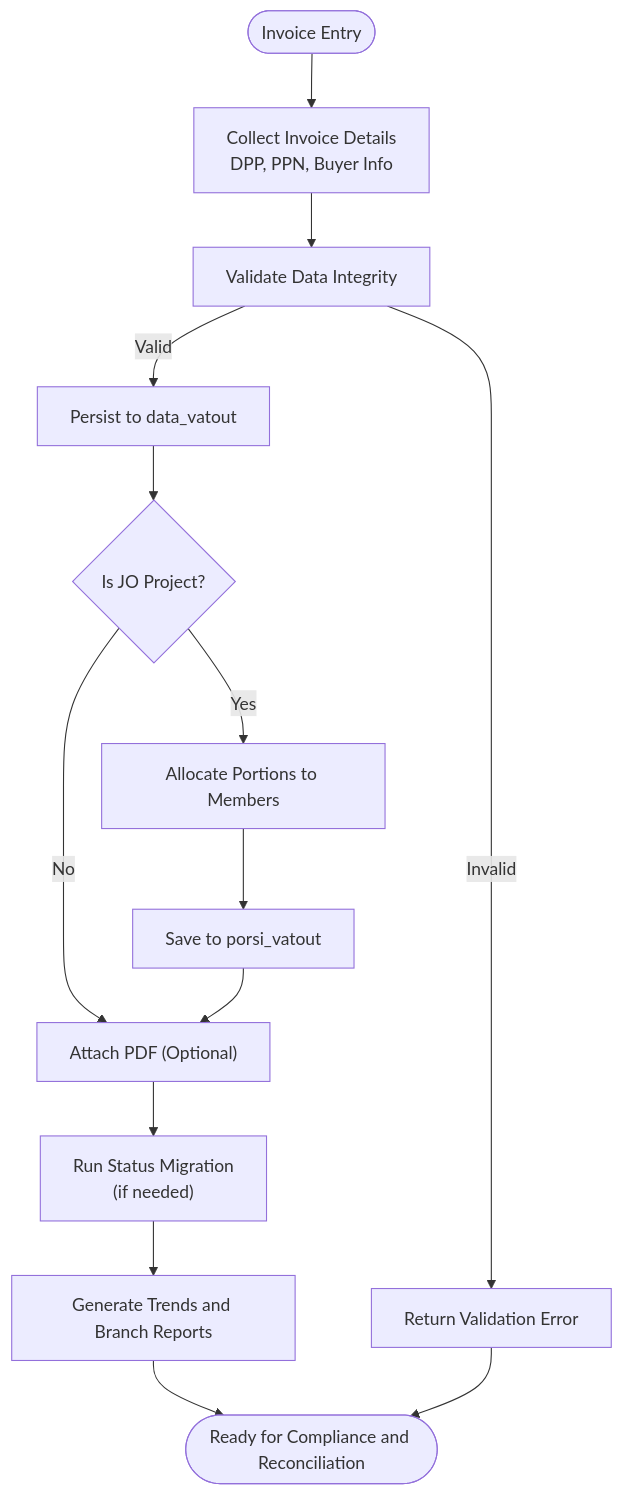
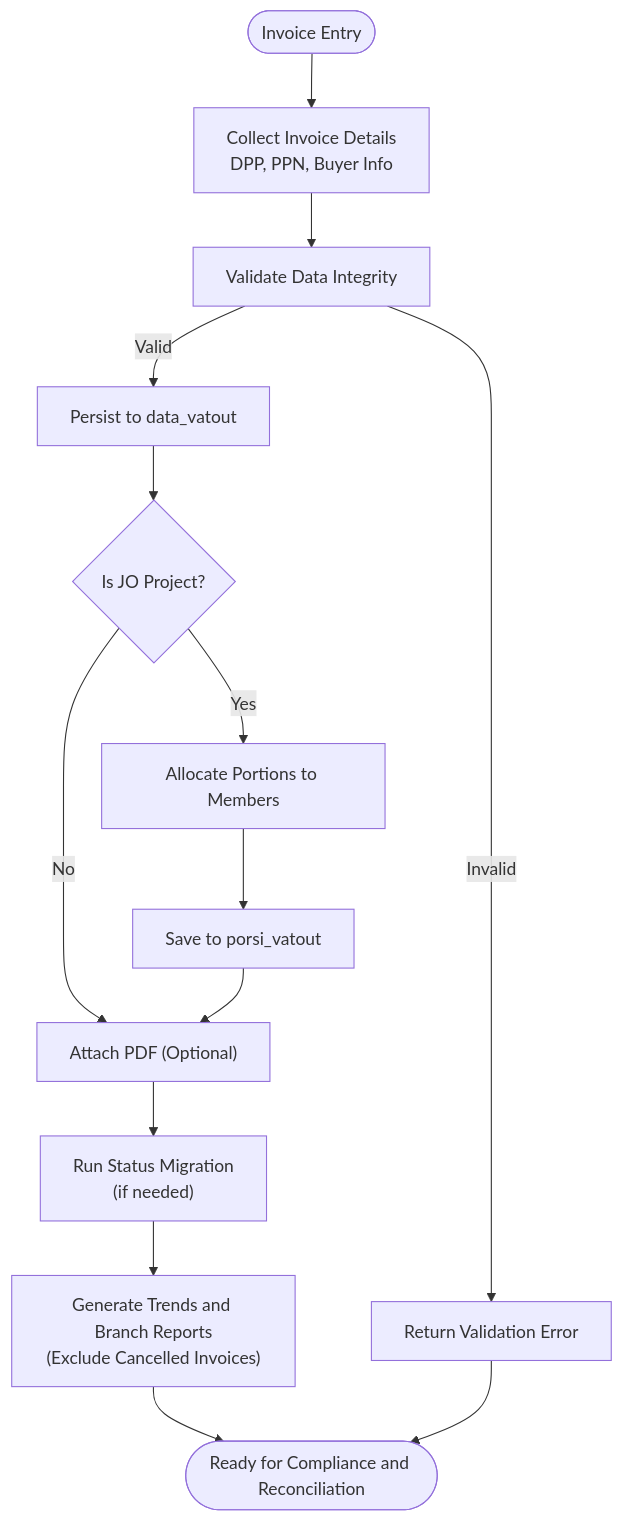
One commit to rendisiagian/TDS_by_RENDISIAGIAN changed the fifth of 11 diagrams in .qoder/repowiki/en/content/VAT Management System/VAT Output (VAT OUT).md. Above: the diagram before and after it, drawn with Mermaid. The commit also changed other lines of this file and 38 other files, not shown here.

````diff
--- a/.qoder/repowiki/en/content/VAT Management System/VAT Output (VAT OUT).md
+++ b/.qoder/repowiki/en/content/VAT Management System/VAT Output (VAT OUT).md
@@ -206,16 +276,16 @@
 ```mermaid
 flowchart TD
 Start(["Invoice Entry"]) --> Collect["Collect Invoice Details<br/>DPP, PPN, Buyer Info"]
 Collect --> Validate["Validate Data Integrity"]
 Validate --> |Valid| Persist["Persist to data_vatout"]
 Validate --> |Invalid| Error["Return Validation Error"]
 Persist --> CheckJO{"Is JO Project?"}
 CheckJO --> |Yes| AllocatePortions["Allocate Portions to Members"]
 CheckJO --> |No| Attach["Attach PDF (Optional)"]
 AllocatePortions --> SaveAllocations["Save to porsi_vatout"]
 SaveAllocations --> Attach
 Attach --> Migrate["Run Status Migration<br/>(if needed)"]
-Migrate --> Report["Generate Trends and Branch Reports"]
+Migrate --> Report["Generate Trends and Branch Reports<br/>(Exclude Cancelled Invoices)"]
 Report --> End(["Ready for Compliance and Reconciliation"])
 Error --> End
 ```
````
